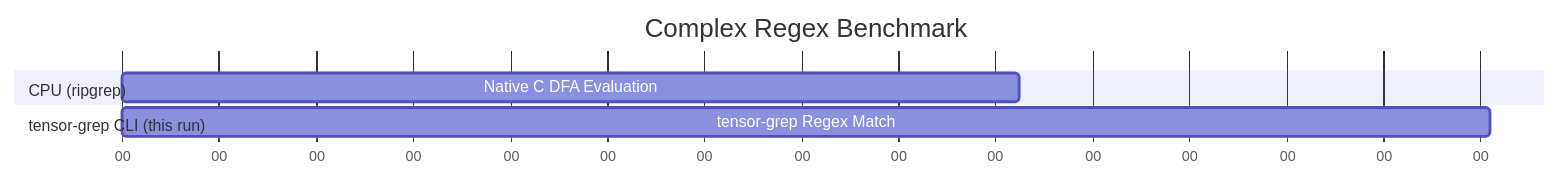
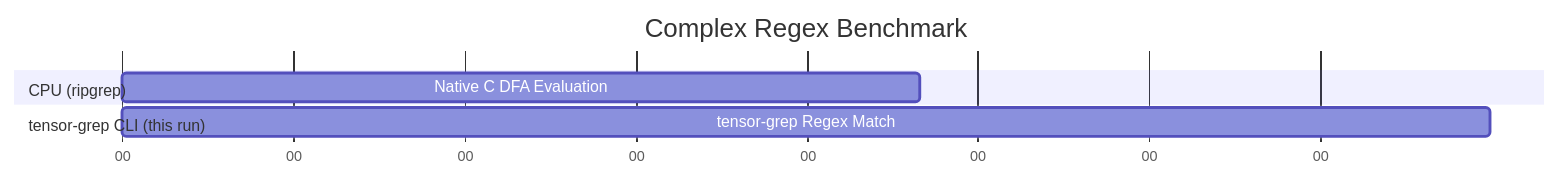
The second of 3 diagrams in docs/PAPER.md (oimiragieo/tensor-grep), drawn with Mermaid before and after one commit. The commit also changed other lines of this file and 6 other files, not shown here.

````diff
--- a/docs/PAPER.md
+++ b/docs/PAPER.md
@@ -99,12 +99,12 @@
 ```mermaid
 gantt
     title Complex Regex Benchmark
     dateFormat  s
     axisFormat %S
     
     section CPU (ripgrep)
-    Native C DFA Evaluation :a1, 0, 0.462s
+    Native C DFA Evaluation :a1, 0, 0.466s
     
     section tensor-grep CLI (this run)
-    tensor-grep Regex Match :a2, 0, 0.705s
+    tensor-grep Regex Match :a2, 0, 0.799s
 ```
````
